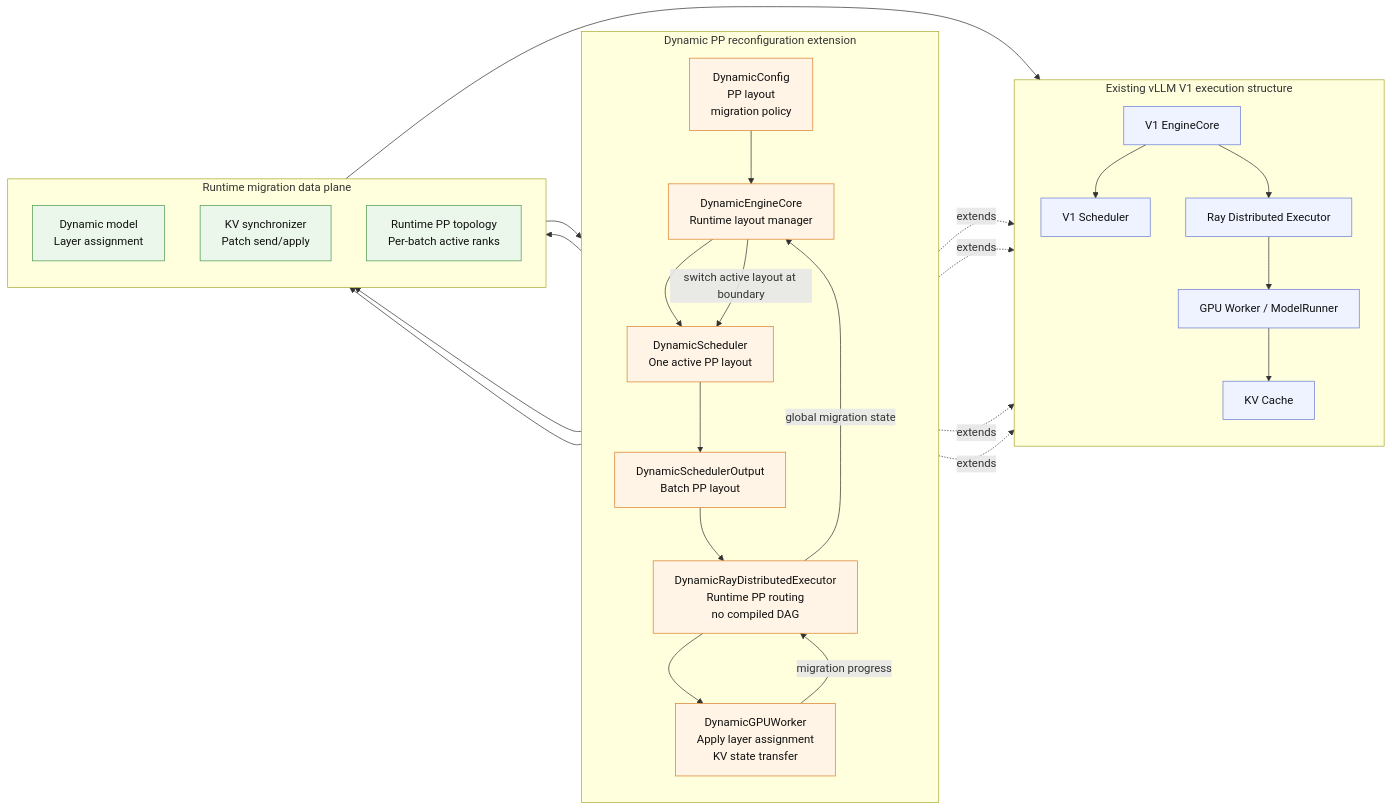
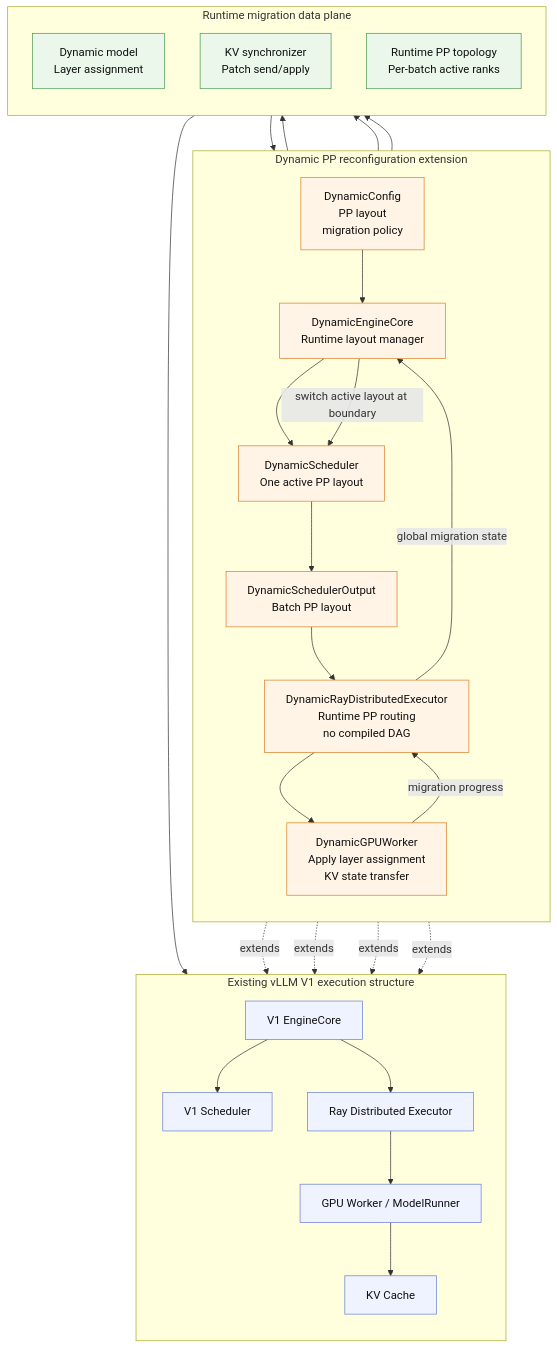
Before and after one commit to paprikaw/vllm: the first of 3 diagrams in docs/design/dynamic_pp_migration_architecture.md, drawn with Mermaid. The commit also changed other lines of this file, not shown here.

Commit message:
update pp reconfig design doc diagram

````diff
--- a/docs/design/dynamic_pp_migration_architecture.md
+++ b/docs/design/dynamic_pp_migration_architecture.md
@@ -47,62 +42,62 @@
 ```mermaid
-flowchart LR
+flowchart TB
     subgraph U["Existing vLLM V1 execution structure"]
         direction TB
         Engine["V1 EngineCore"]
         Scheduler["V1 Scheduler"]
         Executor["Ray Distributed Executor"]
         Worker["GPU Worker / ModelRunner"]
         KVCache["KV Cache"]
 
         Engine --> Scheduler
         Engine --> Executor
         Executor --> Worker
         Worker --> KVCache
     end
 
     subgraph D["Dynamic PP reconfiguration extension"]
         direction TB
         DynamicConfig["DynamicConfig<br/>PP layout<br/>migration policy"]
         DynamicEngine["DynamicEngineCore<br/>Runtime layout manager"]
         DynamicScheduler["DynamicScheduler<br/>One active PP layout"]
         DynamicOutput["DynamicSchedulerOutput<br/>Batch PP layout"]
         DynamicExecutor["DynamicRayDistributedExecutor<br/>Runtime PP routing<br/>no compiled DAG"]
         DynamicWorker["DynamicGPUWorker<br/>Apply layer assignment<br/>KV state transfer"]
     end
 
     subgraph R["Runtime migration data plane"]
         direction TB
         DynamicModel["Dynamic model<br/>Layer assignment"]
         KVSync["KV synchronizer<br/>Patch send/apply"]
         PPRouting["Runtime PP topology<br/>Per-batch active ranks"]
     end
 
     DynamicEngine -. "extends" .-> Engine
     DynamicScheduler -. "extends" .-> Scheduler
     DynamicExecutor -. "extends" .-> Executor
     DynamicWorker -. "extends" .-> Worker
 
     DynamicConfig --> DynamicEngine
     DynamicEngine --> DynamicScheduler
     DynamicScheduler --> DynamicOutput
     DynamicOutput --> DynamicExecutor
     DynamicExecutor --> DynamicWorker
     DynamicExecutor --> PPRouting
     PPRouting --> DynamicWorker
 
     DynamicWorker --> DynamicModel
     DynamicWorker --> KVSync
     KVSync --> KVCache
 
     DynamicWorker -->|"migration progress"| DynamicExecutor
     DynamicExecutor -->|"global migration state"| DynamicEngine
     DynamicEngine -->|"switch active layout at boundary"| DynamicScheduler
 
     classDef upstream fill:#eef3ff,stroke:#6b7fd7,color:#111;
     classDef extension fill:#fff4e6,stroke:#d9822b,color:#111;
     classDef runtime fill:#eaf7ea,stroke:#4e9a51,color:#111;
 
     class Engine,Scheduler,Executor,Worker,KVCache upstream;
     class DynamicConfig,DynamicEngine,DynamicScheduler,DynamicOutput,DynamicExecutor,DynamicWorker extension;
     class DynamicModel,KVSync,PPRouting runtime;
 ```
````
